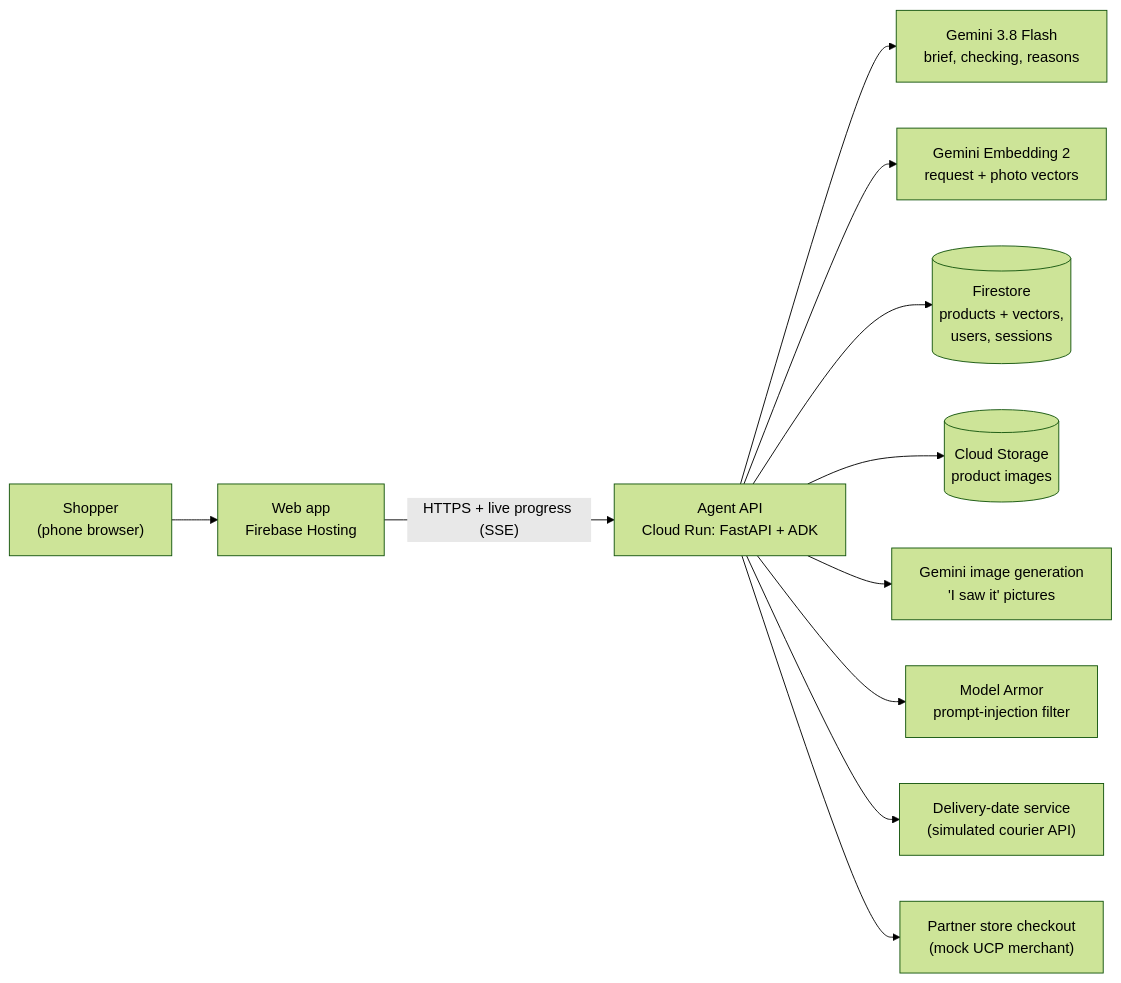
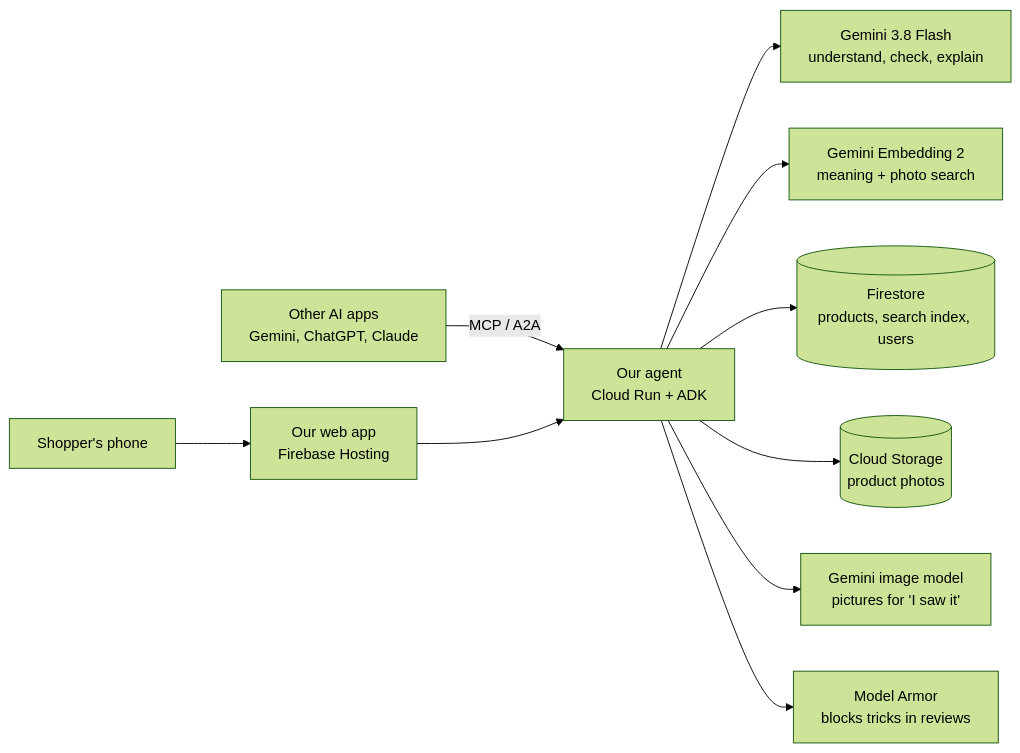
Before and after one commit to sarika-purohit/ecommai: the second of 3 diagrams in PLAN.md, drawn with Mermaid (forest theme). The commit also changed other lines of this file, not shown here.

Commit message:
PLAN.md: rewrite in simple language, remove timelines, use Gemini embeddings throughout

````diff
--- a/PLAN.md
+++ b/PLAN.md
@@ -349,13 +262,12 @@
 ```mermaid
 flowchart LR
-  U["Shopper<br/>(phone browser)"] --> W["Web app<br/>Firebase Hosting"]
-  W -->|"HTTPS + live progress (SSE)"| A["Agent API<br/>Cloud Run: FastAPI + ADK"]
-  A --> G["Gemini 3.8 Flash<br/>brief, checking, reasons"]
-  A --> E["Gemini Embedding 2<br/>request + photo vectors"]
-  A --> F[("Firestore<br/>products + vectors,<br/>users, sessions")]
-  A --> S[("Cloud Storage<br/>product images")]
-  A --> N["Gemini image generation<br/>'I saw it' pictures"]
-  A --> M["Model Armor<br/>prompt-injection filter"]
-  A --> D["Delivery-date service<br/>(simulated courier API)"]
-  A --> C["Partner store checkout<br/>(mock UCP merchant)"]
+  U["Shopper's phone"] --> W["Our web app<br/>Firebase Hosting"]
+  X["Other AI apps<br/>Gemini, ChatGPT, Claude"] -->|"MCP / A2A"| A
+  W --> A["Our agent<br/>Cloud Run + ADK"]
+  A --> G["Gemini 3.8 Flash<br/>understand, check, explain"]
+  A --> E["Gemini Embedding 2<br/>meaning + photo search"]
+  A --> F[("Firestore<br/>products, search index, users")]
+  A --> S[("Cloud Storage<br/>product photos")]
+  A --> N["Gemini image model<br/>pictures for 'I saw it'"]
+  A --> M["Model Armor<br/>blocks tricks in reviews"]
 ```
````
